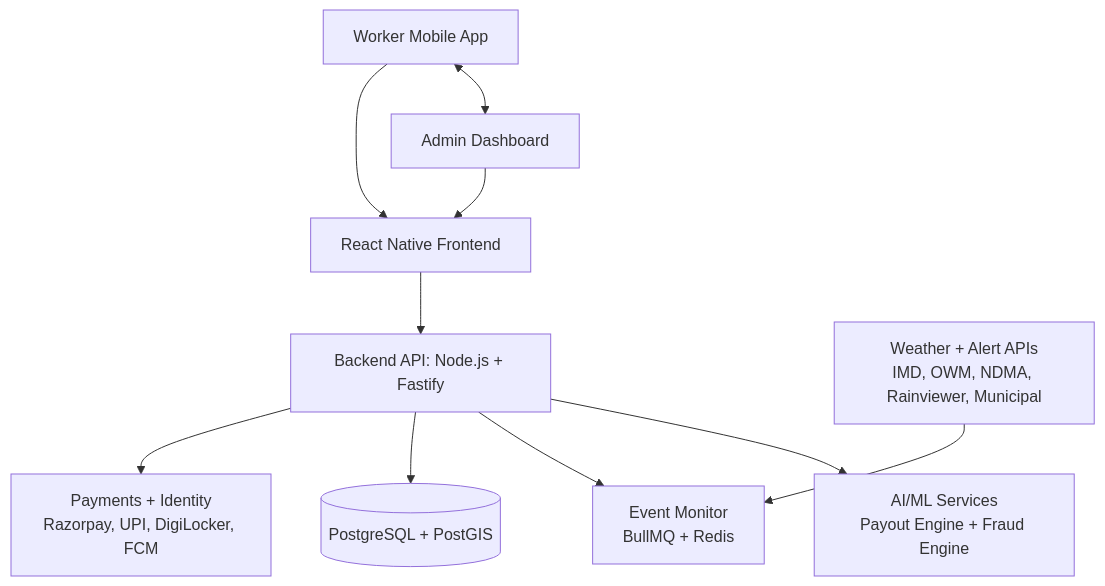
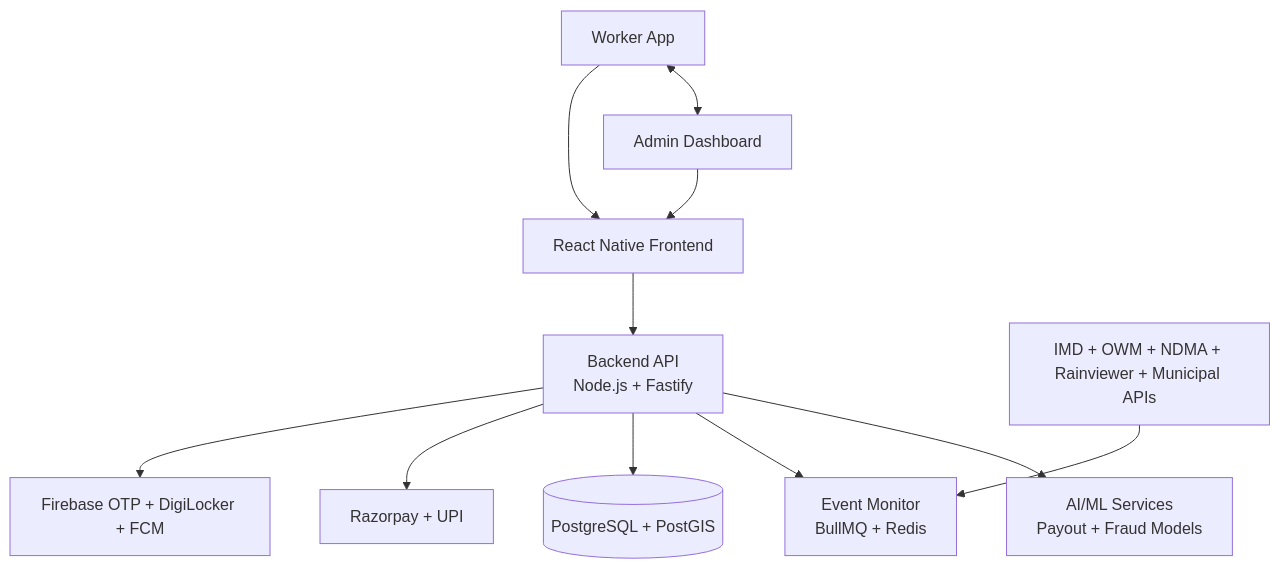
Before and after one commit to Tripadh/DEVTRAILS_HACKATHON: the second of 2 diagrams in README.md, drawn with Mermaid. The commit also changed other lines of this file, not shown here.

Commit message:
Finalize README content and add architecture diagrams

````diff
--- a/README.md
+++ b/README.md
@@ -229,15 +227,15 @@
 ```mermaid
 flowchart TD
-    U[Worker Mobile App] <--> A[Admin Dashboard]
+    U[Worker App] <--> A[Admin Dashboard]
     U --> FE[React Native Frontend]
     A --> FE
-    FE --> API[Backend API: Node.js + Fastify]
+    FE --> API[Backend API\nNode.js + Fastify]
 
-    API --> AI[AI/ML Services\nPayout Engine + Fraud Engine]
-    API --> EM[Event Monitor\nBullMQ + Redis]
+    API --> ML[AI/ML Services\nPayout + Fraud Models]
+    API --> MON[Event Monitor\nBullMQ + Redis]
     API --> DB[(PostgreSQL + PostGIS)]
 
-    WX[Weather + Alert APIs\nIMD, OWM, NDMA, Rainviewer, Municipal] --> EM
-
-    API --> P[Payments + Identity\nRazorpay, UPI, DigiLocker, FCM]
+    WX[IMD + OWM + NDMA + Rainviewer + Municipal APIs] --> MON
+    API --> PAY[Razorpay + UPI]
+    API --> IDKYC[Firebase OTP + DigiLocker + FCM]
 ```
````
